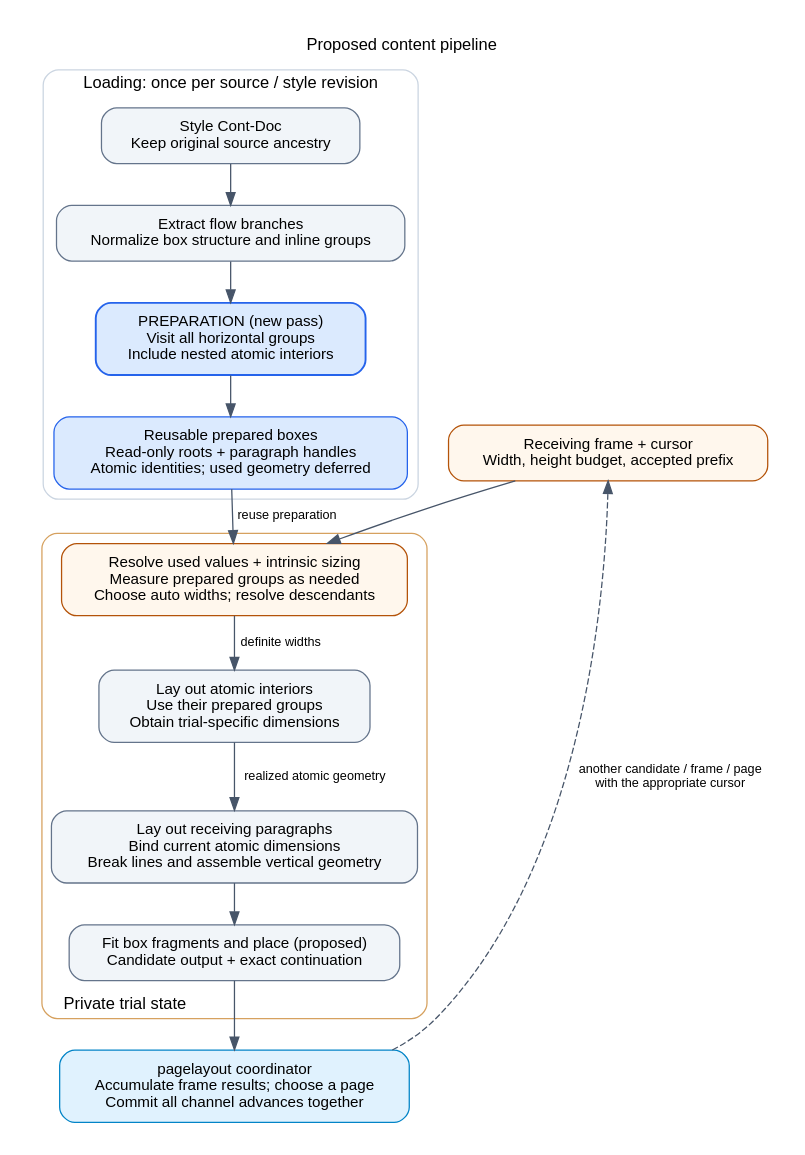
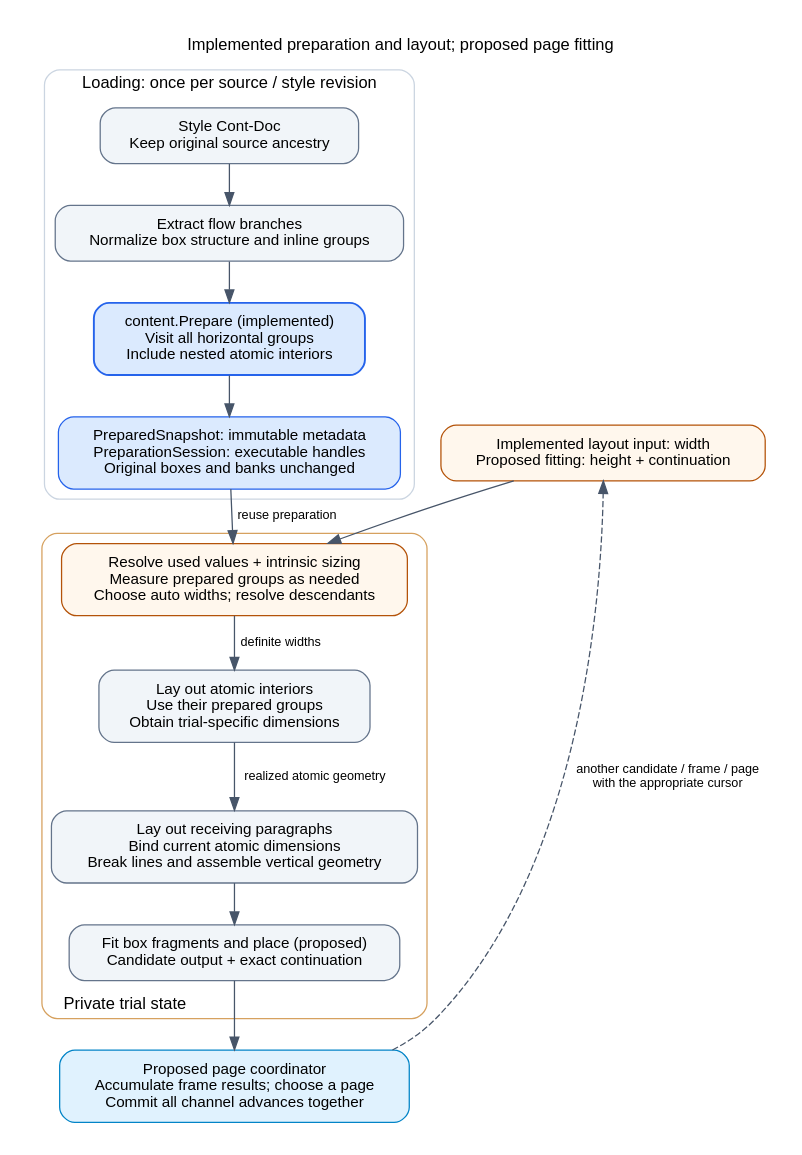
The diagram in doc/diagrams/preparation-pipeline.dot (npillmayer/pagelayout), drawn with Graphviz before and after one commit. The commit also changed 30 other files, not shown here.

```diff
--- a/doc/diagrams/preparation-pipeline.dot
+++ b/doc/diagrams/preparation-pipeline.dot
@@ -1,54 +1,54 @@
 digraph PreparationPipeline {
   graph [rankdir=TB, bgcolor="white", pad=0.25, nodesep=0.45, ranksep=0.45,
          fontname="Helvetica", fontsize=13, newrank=true,
-         label="Proposed content pipeline", labelloc=t];
+         label="Implemented preparation and layout; proposed page fitting", labelloc=t];
   node [shape=box, style="rounded,filled", fillcolor="#f1f5f9", color="#64748b",
         fontname="Helvetica", fontsize=12, margin="0.18,0.12"];
   edge [color="#475569", fontname="Helvetica", fontsize=10];
 
   subgraph cluster_loading {
     label="Loading: once per source / style revision";
     color="#cbd5e1";
     style=rounded;
 
     source [label="Style Cont-Doc\nKeep original source ancestry"];
     structure [label="Extract flow branches\nNormalize box structure and inline groups"];
-    prepare [label="PREPARATION (new pass)\nVisit all horizontal groups\nInclude nested atomic interiors",
+    prepare [label="content.Prepare (implemented)\nVisit all horizontal groups\nInclude nested atomic interiors",
              fillcolor="#dbeafe", color="#2563eb", penwidth=1.5];
-    prepared [label="Reusable prepared boxes\nRead-only roots + paragraph handles\nAtomic identities; used geometry deferred",
+    prepared [label="PreparedSnapshot: immutable metadata\nPreparationSession: executable handles\nOriginal boxes and banks unchanged",
               fillcolor="#dbeafe", color="#2563eb"];
 
     source -> structure -> prepare -> prepared;
   }
 
-  constraints [label="Receiving frame + cursor\nWidth, height budget, accepted prefix",
+  constraints [label="Implemented layout input: width\nProposed fitting: height + continuation",
                fillcolor="#fff7ed", color="#b45309"];
 
   subgraph cluster_trial {
     label="Private trial state";
     labelloc=b;
     labeljust=l;
     color="#d6a15f";
     style=rounded;
 
     sizing [label="Resolve used values + intrinsic sizing\nMeasure prepared groups as needed\nChoose auto widths; resolve descendants",
             fillcolor="#fff7ed", color="#b45309"];
     atomics [label="Lay out atomic interiors\nUse their prepared groups\nObtain trial-specific dimensions"];
     paragraphs [label="Lay out receiving paragraphs\nBind current atomic dimensions\nBreak lines and assemble vertical geometry"];
     fit [label="Fit box fragments and place (proposed)\nCandidate output + exact continuation"];
 
     sizing -> atomics [label="definite widths"];
     atomics -> paragraphs [label="realized atomic geometry"];
     paragraphs -> fit;
   }
 
-  choose [label="pagelayout coordinator\nAccumulate frame results; choose a page\nCommit all channel advances together",
+  choose [label="Proposed page coordinator\nAccumulate frame results; choose a page\nCommit all channel advances together",
           fillcolor="#e0f2fe", color="#0284c7"];
 
   { rank=same; prepared; constraints; }
   prepared -> sizing [label="reuse preparation"];
   constraints -> sizing;
   fit -> choose;
   choose -> constraints [label="another candidate / frame / page\nwith the appropriate cursor", style=dashed,
                          constraint=false];
 }
```
